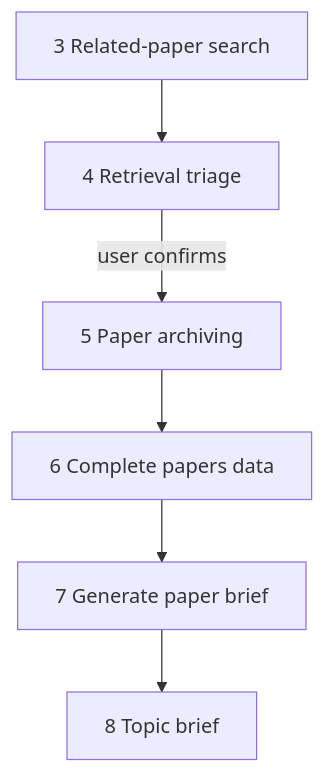
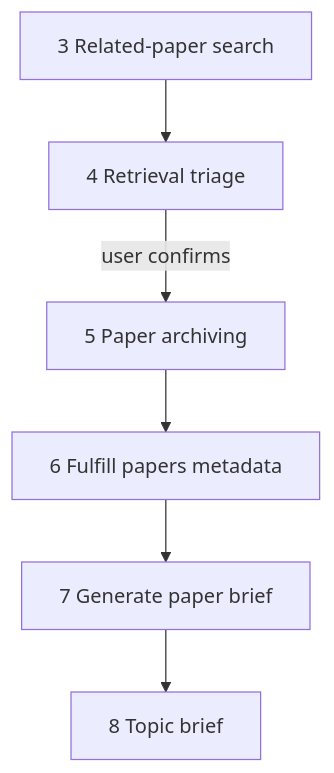
One commit to GustavoRusso/paper-reviewer changed the diagram in docs/specs/04-retrieval-triage.md. Above: the diagram before and after it, drawn with Mermaid. The commit also changed other lines of this file and 9 other files, not shown here.

Commit message:
Renamed to Fulfill papers metadata across the docs (second commit)

````diff
--- a/docs/specs/04-retrieval-triage.md
+++ b/docs/specs/04-retrieval-triage.md
@@ -44,14 +44,14 @@
 ```mermaid
 flowchart TB
   search[3 Related-paper search]
   triage[4 Retrieval triage]
   archive[5 Paper archiving]
-  complete[6 Complete papers data]
+  fulfill[6 Fulfill papers metadata]
   briefs[7 Generate paper brief]
   topic[8 Topic brief]
   search --> triage
   triage -->|"user confirms"| archive
-  archive --> complete
-  complete --> briefs
+  archive --> fulfill
+  fulfill --> briefs
   briefs --> topic
 ```
````
